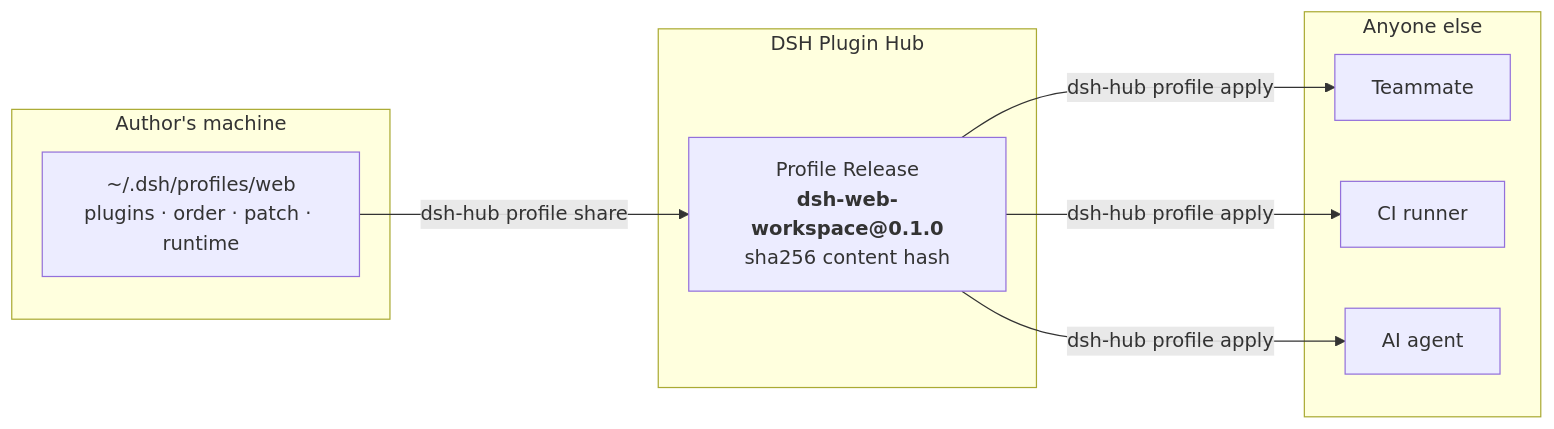
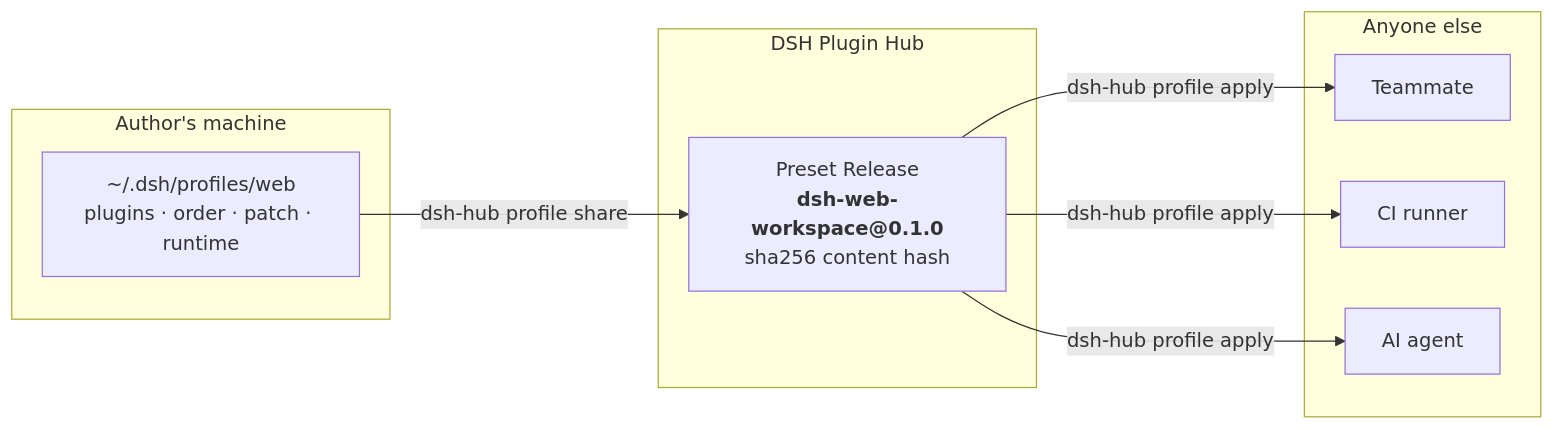
The first of 5 diagrams in README.md (pax-beehive/dsh-hub-cli), drawn with Mermaid before and after one commit. The commit also changed other lines of this file and 17 other files, not shown here.

First line of the commit message:
feat: add dsh-hub sync and unify Preset terminology (#13)

````diff
--- a/README.md
+++ b/README.md
@@ -47,19 +47,19 @@
 ```mermaid
 flowchart LR
     subgraph author["Author's machine"]
         A["~/.dsh/profiles/web<br/>plugins · order · patch · runtime"]
     end
     subgraph hub["DSH Plugin Hub"]
-        R["Profile Release<br/><b>dsh-web-workspace@0.1.0</b><br/>sha256 content hash"]
+        R["Preset Release<br/><b>dsh-web-workspace@0.1.0</b><br/>sha256 content hash"]
     end
     subgraph team["Anyone else"]
         T1["Teammate"]
         T2["CI runner"]
         T3["AI agent"]
     end
 
     A -- "dsh-hub profile share" --> R
     R -- "dsh-hub profile apply" --> T1
     R -- "dsh-hub profile apply" --> T2
     R -- "dsh-hub profile apply" --> T3
 ```
````
